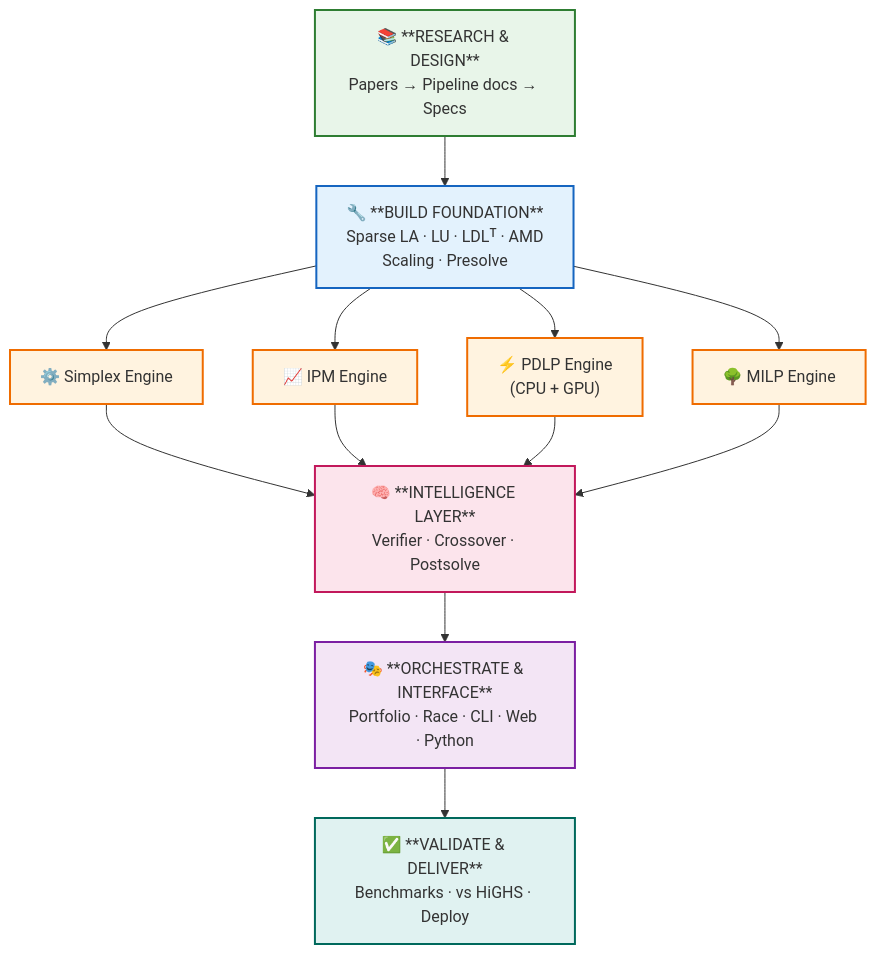
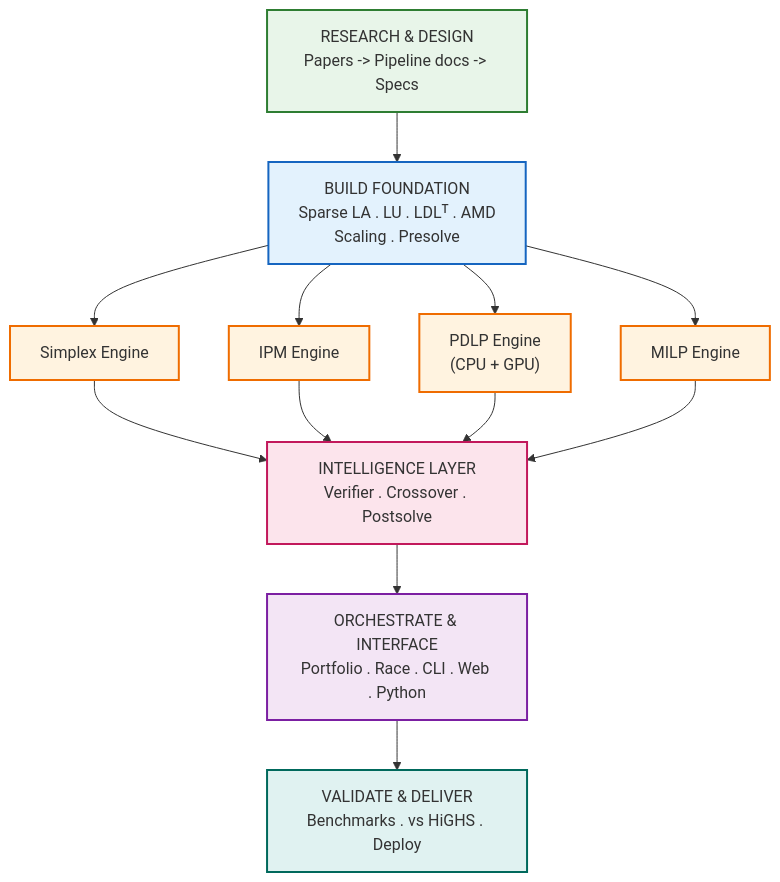
Before and after one commit to TANESHDEVHARE/Team-Suprema: the second of 10 diagrams in README.md, drawn with Mermaid. The commit also changed other lines of this file, not shown here.

````diff
--- a/README.md
+++ b/README.md
@@ -176,45 +176,45 @@
 ```mermaid
 flowchart TD
     %% Start
-    START["📚 **RESEARCH & DESIGN**\nPapers → Pipeline docs → Specs"]
+    START["RESEARCH & DESIGN\nPapers -> Pipeline docs -> Specs"]
     
     %% Foundation (parallel)
-    FOUNDATION["🔧 **BUILD FOUNDATION**\nSparse LA · LU · LDLᵀ · AMD\nScaling · Presolve"]
+    FOUNDATION["BUILD FOUNDATION\nSparse LA . LU . LDLᵀ . AMD\nScaling . Presolve"]
     
     %% Engines (parallel development)
-    SIMPLEX["⚙️ Simplex Engine"]
-    IPM["📈 IPM Engine"]
-    PDLP["⚡ PDLP Engine\n(CPU + GPU)"]
-    MILP["🌳 MILP Engine"]
+    SIMPLEX["Simplex Engine"]
+    IPM["IPM Engine"]
+    PDLP["PDLP Engine\n(CPU + GPU)"]
+    MILP["MILP Engine"]
     
     %% Intelligence
-    INTEL["🧠 **INTELLIGENCE LAYER**\nVerifier · Crossover · Postsolve"]
+    INTEL["INTELLIGENCE LAYER\nVerifier . Crossover . Postsolve"]
     
     %% Orchestration
-    ORCH["🎭 **ORCHESTRATE & INTERFACE**\nPortfolio · Race · CLI · Web · Python"]
+    ORCH["ORCHESTRATE & INTERFACE\nPortfolio . Race . CLI . Web . Python"]
     
     %% Validate
-    VALIDATE["✅ **VALIDATE & DELIVER**\nBenchmarks · vs HiGHS · Deploy"]
+    VALIDATE["VALIDATE & DELIVER\nBenchmarks . vs HiGHS . Deploy"]
     
     %% Flow
     START --> FOUNDATION
     FOUNDATION --> SIMPLEX & IPM & PDLP & MILP
     SIMPLEX & IPM & PDLP & MILP --> INTEL
     INTEL --> ORCH
     ORCH --> VALIDATE
     
     %% Styling
     classDef start fill:#e8f5e9,stroke:#2e7d32,stroke-width:2px
     classDef foundation fill:#e3f2fd,stroke:#1565c0,stroke-width:2px
     classDef engine fill:#fff3e0,stroke:#ef6c00,stroke-width:2px
     classDef intel fill:#fce4ec,stroke:#c2185b,stroke-width:2px
     classDef orch fill:#f3e5f5,stroke:#7b1fa2,stroke-width:2px
     classDef validate fill:#e0f2f1,stroke:#00695c,stroke-width:2px
     
     class START start
     class FOUNDATION foundation
     class SIMPLEX,IPM,PDLP,MILP engine
     class INTEL intel
     class ORCH orch
     class VALIDATE validate
 ```
````
